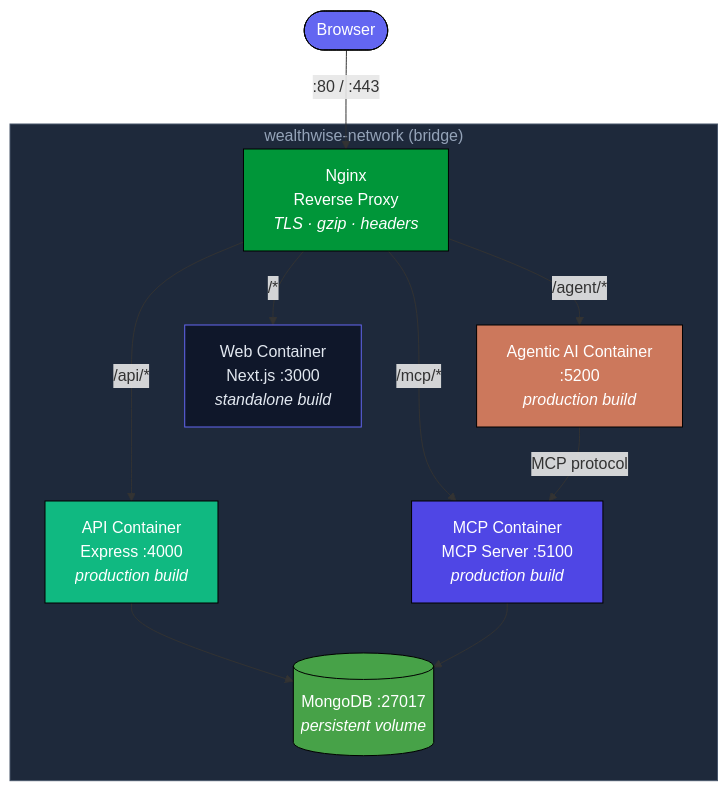
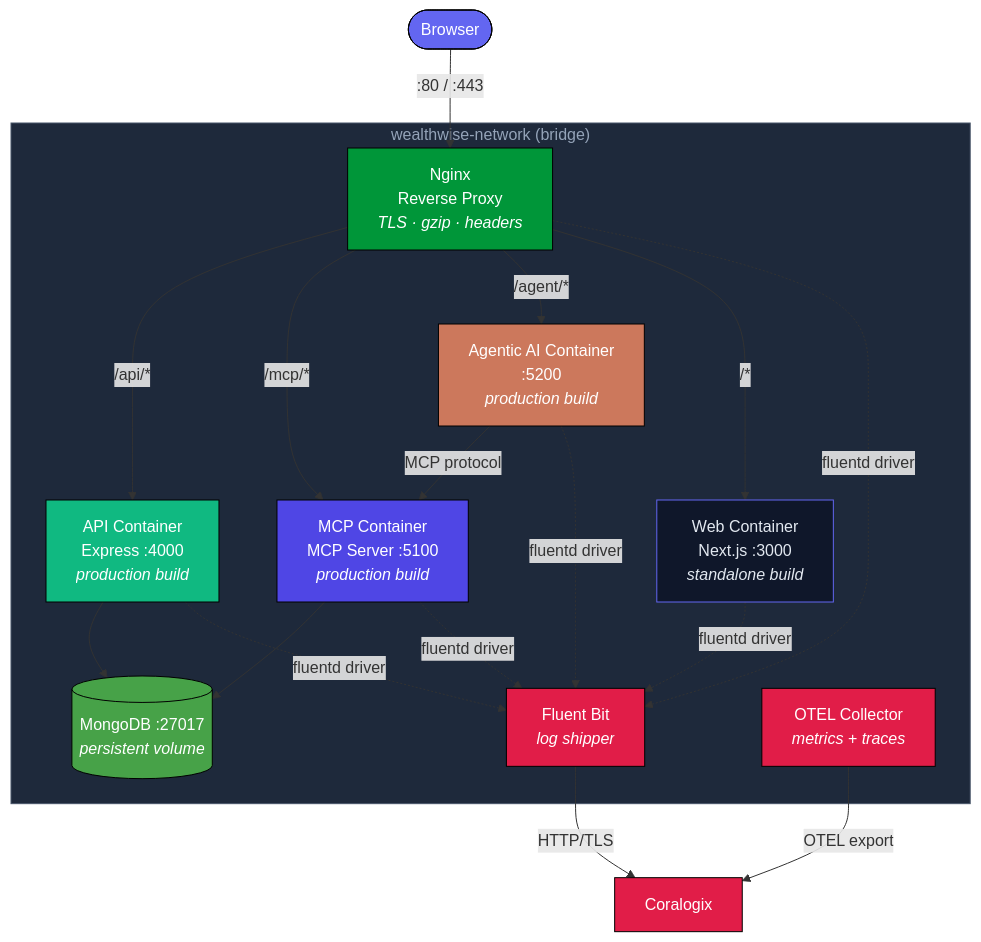
One commit to hoangsonww/WealthWise-Finance-Tracker changed diagram 23 of 34 in ARCHITECTURE.md. Above: the diagram before and after it, drawn with Mermaid. The commit also changed other lines of this file and 2 other files, not shown here.

First line of the commit message:
docs: add Coralogix to README, ARCHITECTURE; replace ASCII with Mermaid in DEVOPS

````diff
--- a/ARCHITECTURE.md
+++ b/ARCHITECTURE.md
@@ -1005,31 +1009,44 @@
 ```mermaid
 graph TD
     CLIENT([Browser]) -- ":80 / :443" --> NGINX["Nginx<br/>Reverse Proxy<br/><i>TLS · gzip · headers</i>"]
 
     NGINX -- "/api/*" --> API["API Container<br/>Express :4000<br/><i>production build</i>"]
     NGINX -- "/mcp/*" --> MCP["MCP Container<br/>MCP Server :5100<br/><i>production build</i>"]
     NGINX -- "/agent/*" --> AI["Agentic AI Container<br/>:5200<br/><i>production build</i>"]
     NGINX -- "/*" --> WEB["Web Container<br/>Next.js :3000<br/><i>standalone build</i>"]
 
     API --> DB[(MongoDB :27017<br/><i>persistent volume</i>)]
     MCP --> DB
     AI -- "MCP protocol" --> MCP
 
+    API -. "fluentd driver" .-> FB["Fluent Bit<br/><i>log shipper</i>"]
+    WEB -. "fluentd driver" .-> FB
+    MCP -. "fluentd driver" .-> FB
+    AI -. "fluentd driver" .-> FB
+    NGINX -. "fluentd driver" .-> FB
+    FB -- "HTTP/TLS" --> CX["Coralogix"]
+    OTEL["OTEL Collector<br/><i>metrics + traces</i>"] -- "OTEL export" --> CX
+
     subgraph NETWORK["wealthwise-network (bridge)"]
         NGINX
         API
         WEB
         MCP
         AI
         DB
+        FB
+        OTEL
     end
 
     style CLIENT fill:#6366f1,stroke:#000,color:#fff
     style NGINX fill:#009639,stroke:#000,color:#fff
     style API fill:#10b981,stroke:#000,color:#fff
     style WEB fill:#0f172a,stroke:#6366f1,color:#e2e8f0
     style MCP fill:#4f46e5,stroke:#000,color:#fff
     style AI fill:#cc785c,stroke:#000,color:#fff
     style DB fill:#47a248,stroke:#000,color:#fff
+    style FB fill:#e11d48,stroke:#000,color:#fff
+    style OTEL fill:#e11d48,stroke:#000,color:#fff
+    style CX fill:#e11d48,stroke:#000,color:#fff
     style NETWORK fill:#1e293b,stroke:#475569,color:#94a3b8
 ```
````
